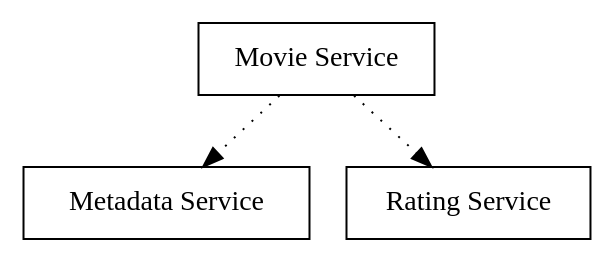
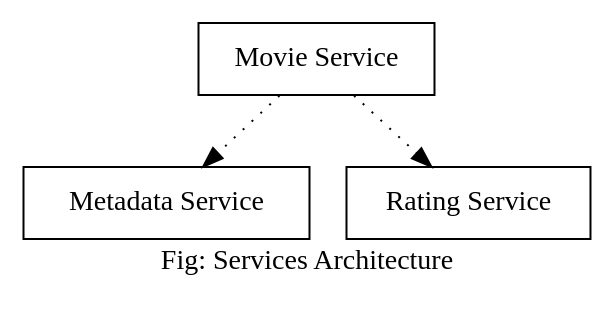
The first of 3 diagrams in notes.org (MSVelan/movieapp), drawn with Graphviz before and after one commit. The commit also changed other lines of this file and 8 other files, not shown here.

```diff
--- a/notes.org
+++ b/notes.org
@@ -27,10 +27,12 @@
 #+begin_src dot :results output :exports results :file img/services.png :cmdline -Kdot -Tpng
 digraph {
         {rank=same metadata_service rating_service}
         metadata_service[shape=box, label="Metadata Service"]
         rating_service[shape=box, label="Rating Service"]
         movie_service[shape=box, label="Movie Service"];
         movie_service -> metadata_service [style=dotted];
         movie_service -> rating_service [style=dotted];
+        labelloc="b"
+        label="Fig: Services Architecture";
 }
 #+end_src
```
